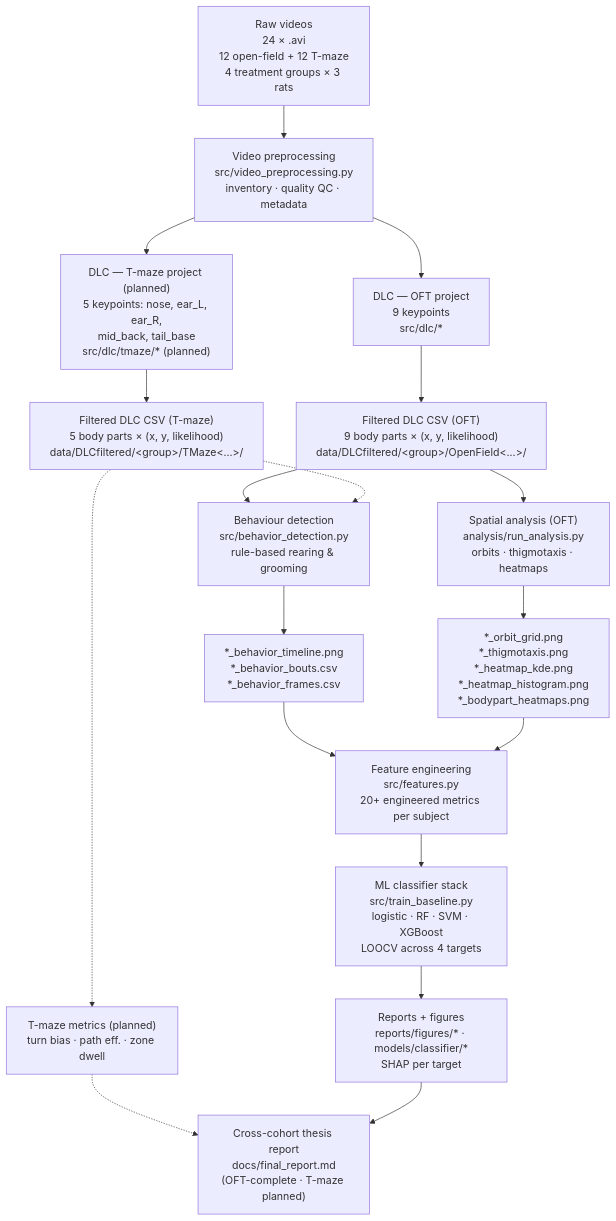
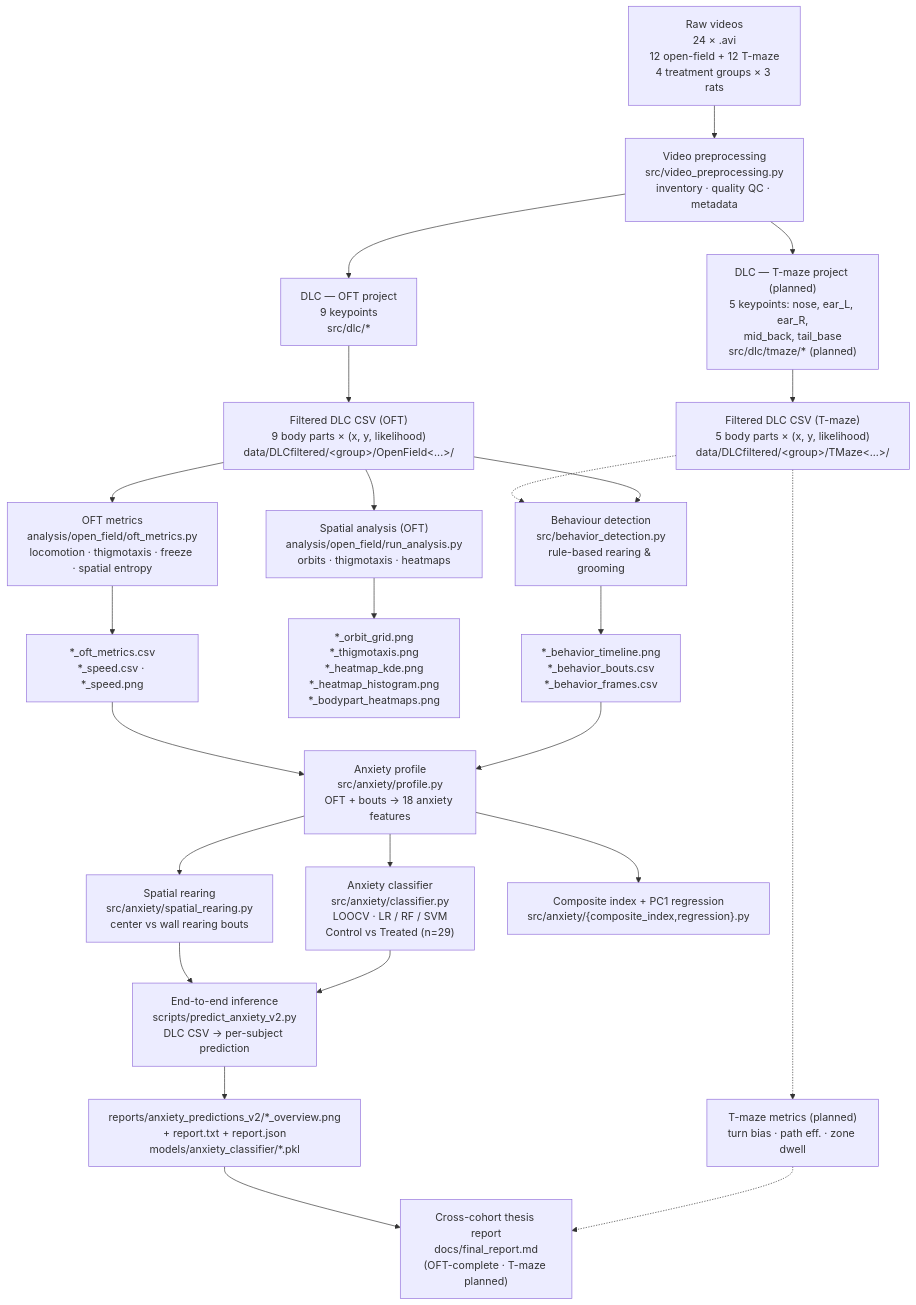
One commit to Kaankzlyar/RatBehaviorAnalyze changed the first of 3 diagrams in README.md. Above: the diagram before and after it, drawn with Mermaid. The commit also changed other lines of this file and 33 other files, not shown here.

````diff
--- a/README.md
+++ b/README.md
@@ -91,23 +91,30 @@
 ```mermaid
 flowchart TD
     V["Raw videos<br/>24 × .avi<br/>12 open-field + 12 T-maze<br/>4 treatment groups × 3 rats"] --> P["Video preprocessing<br/>src/video_preprocessing.py<br/>inventory · quality QC · metadata"]
     P --> D1["DLC — OFT project<br/>9 keypoints<br/>src/dlc/*"]
     P --> D2["DLC — T-maze project (planned)<br/>5 keypoints: nose, ear_L, ear_R,<br/>mid_back, tail_base<br/>src/dlc/tmaze/* (planned)"]
     D1 --> C1["Filtered DLC CSV (OFT)<br/>9 body parts × (x, y, likelihood)<br/>data/DLCfiltered/&lt;group&gt;/OpenField&lt;...&gt;/"]
     D2 --> C2["Filtered DLC CSV (T-maze)<br/>5 body parts × (x, y, likelihood)<br/>data/DLCfiltered/&lt;group&gt;/TMaze&lt;...&gt;/"]
 
     C1 --> B["Behaviour detection<br/>src/behavior_detection.py<br/>rule-based rearing &amp; grooming"]
-    C1 --> S["Spatial analysis (OFT)<br/>analysis/run_analysis.py<br/>orbits · thigmotaxis · heatmaps"]
+    C1 --> S["Spatial analysis (OFT)<br/>analysis/open_field/run_analysis.py<br/>orbits · thigmotaxis · heatmaps"]
+    C1 --> M["OFT metrics<br/>analysis/open_field/oft_metrics.py<br/>locomotion · thigmotaxis · freeze · spatial entropy"]
     C2 -.-> B
     C2 -.-> ST["T-maze metrics (planned)<br/>turn bias · path eff. · zone dwell"]
 
     B --> O1["*_behavior_timeline.png<br/>*_behavior_bouts.csv<br/>*_behavior_frames.csv"]
     S --> O2["*_orbit_grid.png<br/>*_thigmotaxis.png<br/>*_heatmap_kde.png<br/>*_heatmap_histogram.png<br/>*_bodypart_heatmaps.png"]
+    M --> O3["*_oft_metrics.csv<br/>*_speed.csv · *_speed.png"]
 
-    O1 --> FE["Feature engineering<br/>src/features.py<br/>20+ engineered metrics per subject"]
-    O2 --> FE
-    FE --> ML["ML classifier stack<br/>src/train_baseline.py<br/>logistic · RF · SVM · XGBoost<br/>LOOCV across 4 targets"]
-    ML --> RP["Reports + figures<br/>reports/figures/* · models/classifier/*<br/>SHAP per target"]
+    O1 --> AX["Anxiety profile<br/>src/anxiety/profile.py<br/>OFT + bouts → 18 anxiety features"]
+    O3 --> AX
+    AX --> SR["Spatial rearing<br/>src/anxiety/spatial_rearing.py<br/>center vs wall rearing bouts"]
+    AX --> CL["Anxiety classifier<br/>src/anxiety/classifier.py<br/>LOOCV · LR / RF / SVM<br/>Control vs Treated (n=29)"]
+    AX --> CI["Composite index + PC1 regression<br/>src/anxiety/{composite_index,regression}.py"]
+    CL --> PR["End-to-end inference<br/>scripts/predict_anxiety_v2.py<br/>DLC CSV → per-subject prediction"]
+    SR --> PR
+    PR --> RP["reports/anxiety_predictions_v2/*_overview.png<br/>+ report.txt + report.json<br/>models/anxiety_classifier/*.pkl"]
+
     ST -.-> R["Cross-cohort thesis report<br/>docs/final_report.md<br/>(OFT-complete · T-maze planned)"]
     RP --> R
 ```
````
